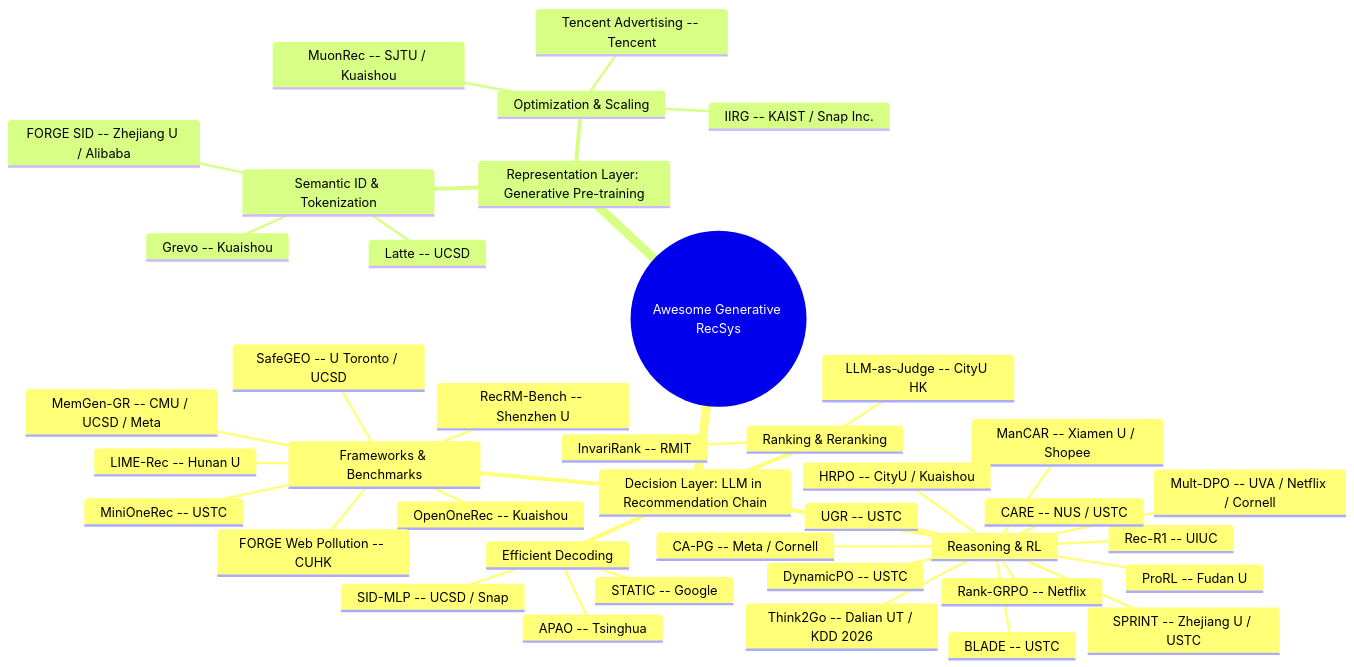
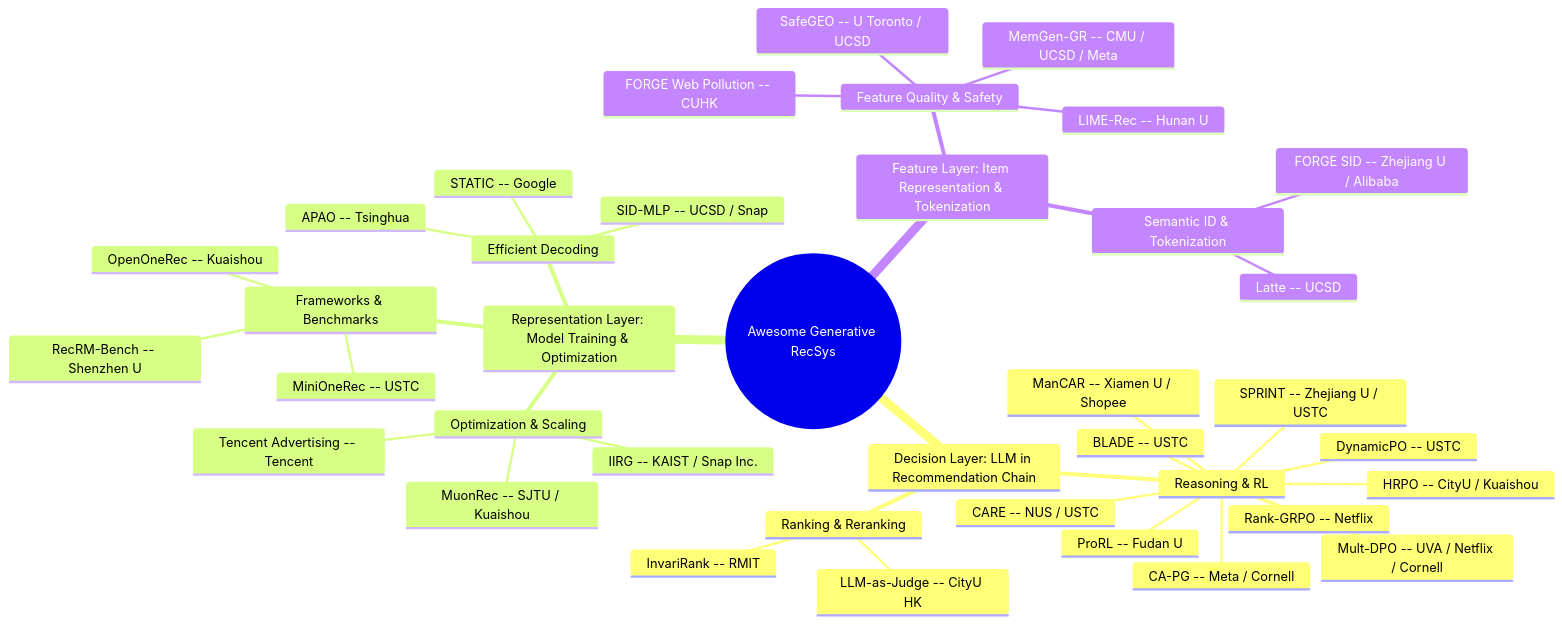
The diagram in README.md (HaFred/awesome-generative-recsys), drawn with Mermaid before and after one commit. The commit also changed other lines of this file and 3 other files, not shown here.

````diff
--- a/README.md
+++ b/README.md
@@ -28,43 +28,41 @@
 ```mermaid
 mindmap
   root((Awesome Generative RecSys))
     Decision Layer: LLM in Recommendation Chain
       Reasoning & RL
         Rank-GRPO -- Netflix
         DynamicPO -- USTC
         BLADE -- USTC
         SPRINT -- Zhejiang U / USTC
+        CARE -- NUS / USTC
+        HRPO -- CityU / Kuaishou
         Mult-DPO -- UVA / Netflix / Cornell
         CA-PG -- Meta / Cornell
         ProRL -- Fudan U
-        Rec-R1 -- UIUC
         ManCAR -- Xiamen U / Shopee
-        CARE -- NUS / USTC
-        UGR -- USTC
-        Think2Go -- Dalian UT / KDD 2026
-        HRPO -- CityU / Kuaishou
       Ranking & Reranking
         InvariRank -- RMIT
         LLM-as-Judge -- CityU HK
+    Representation Layer: Model Training & Optimization
       Frameworks & Benchmarks
         MiniOneRec -- USTC
         OpenOneRec -- Kuaishou
         RecRM-Bench -- Shenzhen U
+      Efficient Decoding
+        STATIC -- Google
+        APAO -- Tsinghua
+        SID-MLP -- UCSD / Snap
+      Optimization & Scaling
+        MuonRec -- SJTU / Kuaishou
+        Tencent Advertising -- Tencent
+        IIRG -- KAIST / Snap Inc.
+    Feature Layer: Item Representation & Tokenization
+      Semantic ID & Tokenization
+        Latte -- UCSD
+        FORGE SID -- Zhejiang U / Alibaba
+      Feature Quality & Safety
         SafeGEO -- U Toronto / UCSD
         MemGen-GR -- CMU / UCSD / Meta
         FORGE Web Pollution -- CUHK
         LIME-Rec -- Hunan U
-      Efficient Decoding
-        STATIC -- Google
-        APAO -- Tsinghua
-        SID-MLP -- UCSD / Snap
-    Representation Layer: Generative Pre-training
-      Semantic ID & Tokenization
-        Latte -- UCSD
-        FORGE SID -- Zhejiang U / Alibaba
-        Grevo -- Kuaishou
-      Optimization & Scaling
-        MuonRec -- SJTU / Kuaishou
-        Tencent Advertising -- Tencent
-        IIRG -- KAIST / Snap Inc.
 ```
````
